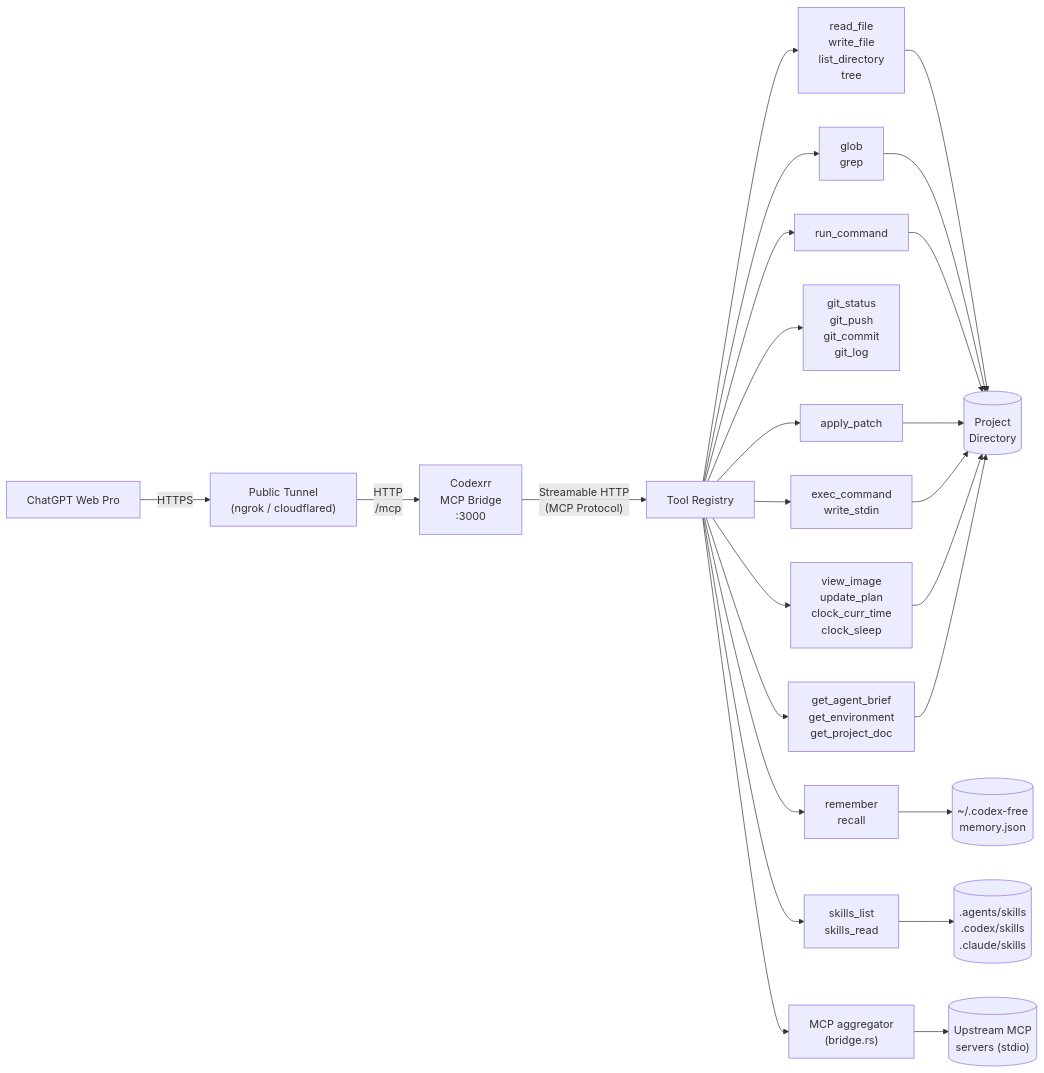
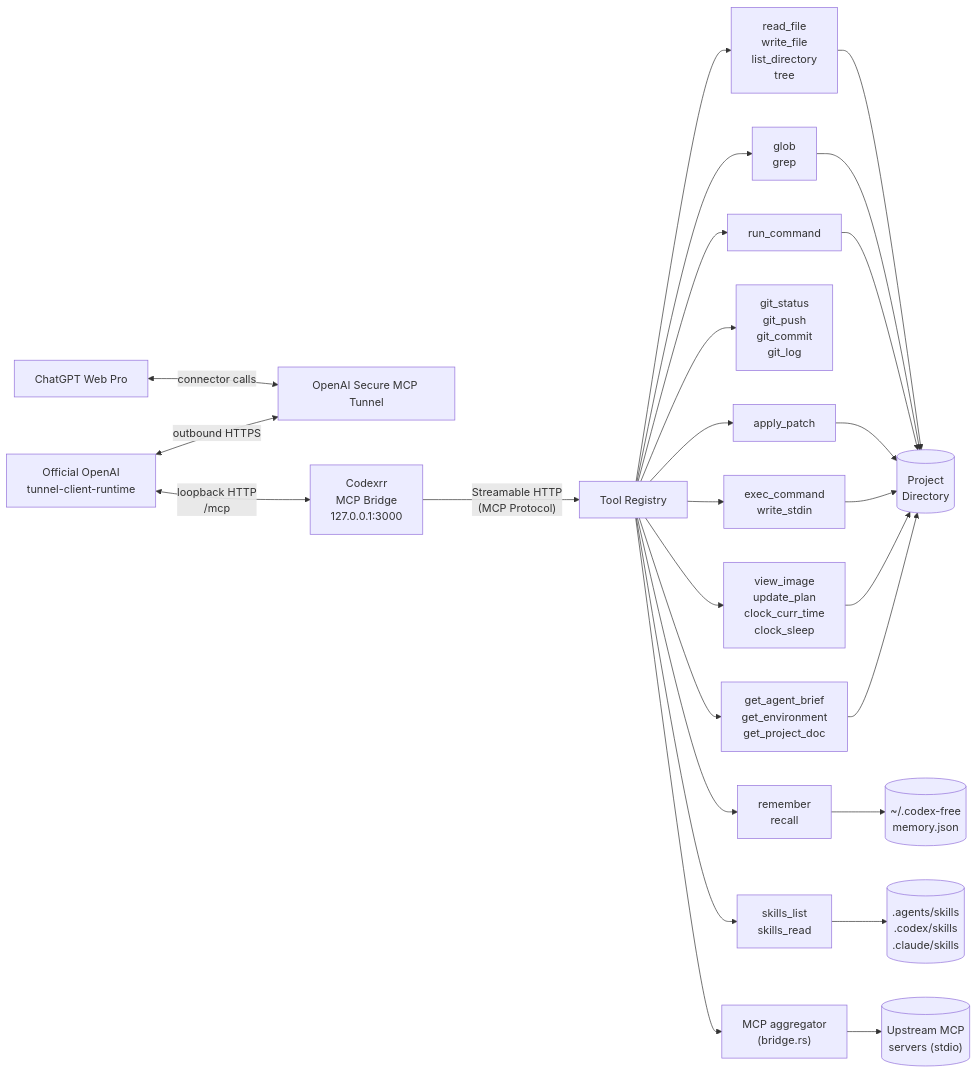
One commit to devnoname120/codex-free changed the diagram in README.md. Above: the diagram before and after it, drawn with Mermaid. The commit also changed other lines of this file and 10 other files, not shown here.

Commit message:
feat: add native OpenAI tunnel support

````diff
--- a/README.md
+++ b/README.md
@@ -15,50 +15,52 @@
 ```mermaid
 flowchart LR
     ChatGPT["ChatGPT Web Pro"]
-    Tunnel["Public Tunnel\n(ngrok / cloudflared)"]
-    Server["Codexrr\nMCP Bridge\n:3000"]
+    OpenAITunnel["OpenAI Secure MCP Tunnel"]
+    TunnelClient["Official OpenAI\ntunnel-client-runtime"]
+    Server["Codexrr\nMCP Bridge\n127.0.0.1:3000"]
     Tools["Tool Registry"]
 
     FS["read_file\nwrite_file\nlist_directory\ntree"]
     Search["glob\ngrep"]
     Shell["run_command"]
     Git["git_status\ngit_push\ngit_commit\ngit_log"]
     Edit["apply_patch"]
     Exec["exec_command\nwrite_stdin"]
     Agent["view_image\nupdate_plan\nclock_curr_time\nclock_sleep"]
     Env["get_agent_brief\nget_environment\nget_project_doc"]
     Mem["remember\nrecall"]
     Skills["skills_list\nskills_read"]
     Bridge["MCP aggregator\n(bridge.rs)"]
     WorkDir[("Project\nDirectory")]
     State[("~/.codex-free\nmemory.json")]
     SkillDirs[(".agents/skills\n.codex/skills\n.claude/skills")]
     Upstream[("Upstream MCP\nservers (stdio)")]
 
-    ChatGPT -- "HTTPS" --> Tunnel
-    Tunnel -- "HTTP\n/mcp" --> Server
+    ChatGPT <-->|"connector calls"| OpenAITunnel
+    TunnelClient <-->|"outbound HTTPS"| OpenAITunnel
+    TunnelClient <-->|"loopback HTTP\n/mcp"| Server
     Server -- "Streamable HTTP\n(MCP Protocol)" --> Tools
 
     Tools --> FS
     Tools --> Search
     Tools --> Shell
     Tools --> Git
     Tools --> Edit
     Tools --> Exec
     Tools --> Agent
     Tools --> Env
     Tools --> Mem
     Tools --> Skills
     Tools --> Bridge
 
     FS --> WorkDir
     Search --> WorkDir
     Shell --> WorkDir
     Edit --> WorkDir
     Exec --> WorkDir
     Agent --> WorkDir
     Env --> WorkDir
     Mem --> State
     Skills --> SkillDirs
     Bridge --> Upstream
 ```
````
